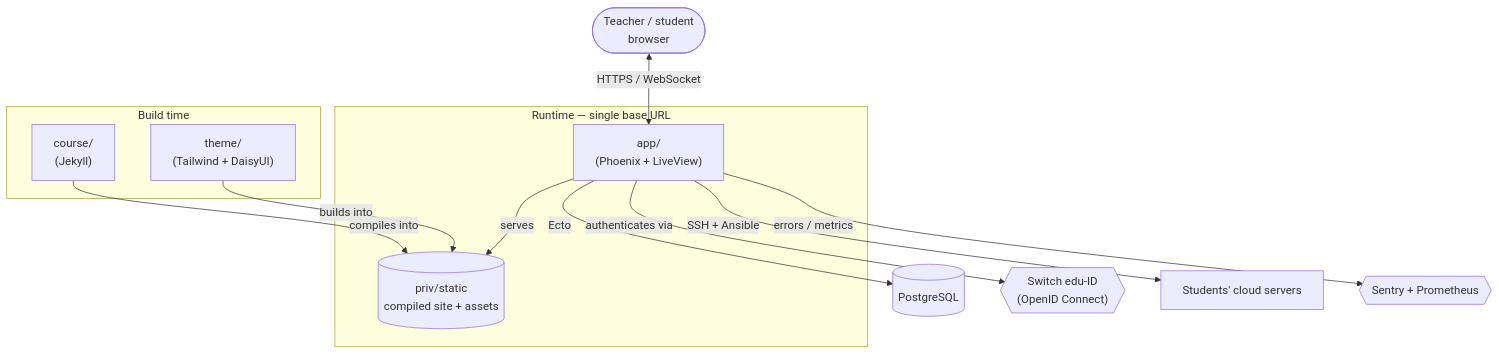
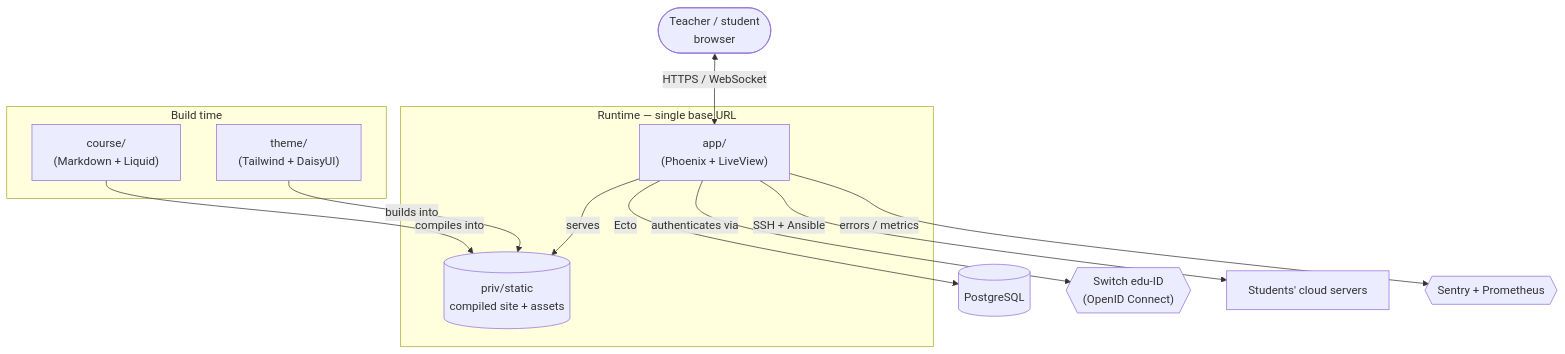
The diagram in CONTRIBUTING.md (ArchiDep/website), drawn with Mermaid before and after one commit. The commit also changed other lines of this file and 75 other files, not shown here.

````diff
--- a/CONTRIBUTING.md
+++ b/CONTRIBUTING.md
@@ -33,29 +33,29 @@
 ```mermaid
 flowchart TB
     user(["Teacher / student<br/>browser"])
 
     subgraph build["Build time"]
-        course["course/<br/>(Jekyll)"]
+        course["course/<br/>(Markdown + Liquid)"]
         theme["theme/<br/>(Tailwind + DaisyUI)"]
     end
 
     subgraph runtime["Runtime — single base URL"]
         app["app/<br/>(Phoenix + LiveView)"]
         static[("priv/static<br/>compiled site + assets")]
     end
 
     course -->|compiles into| static
     theme -->|builds into| static
     app -->|serves| static
     user <-->|HTTPS / WebSocket| app
 
     db[("PostgreSQL")]
     oidc{{"Switch edu-ID<br/>(OpenID Connect)"}}
     servers["Students' cloud servers"]
     obs{{"Sentry + Prometheus"}}
 
     app -->|Ecto| db
     app -->|authenticates via| oidc
     app -->|SSH + Ansible| servers
     app -->|errors / metrics| obs
 ```
````
